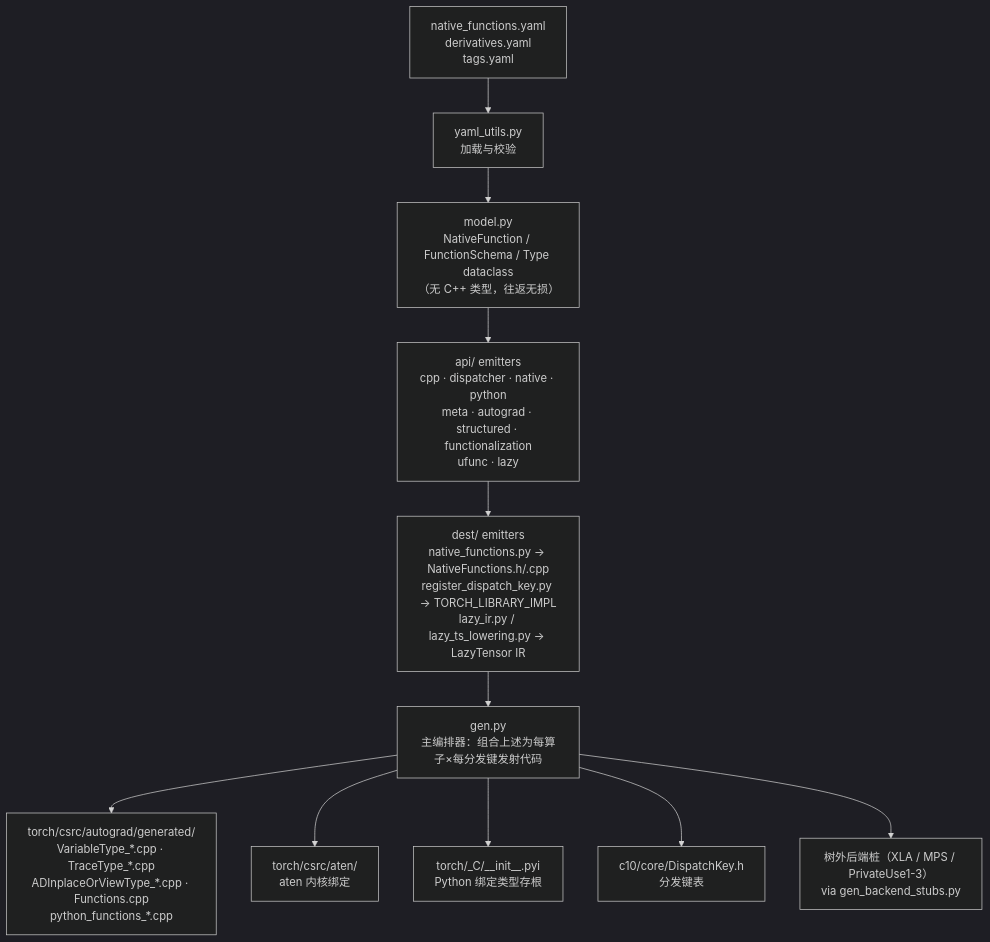
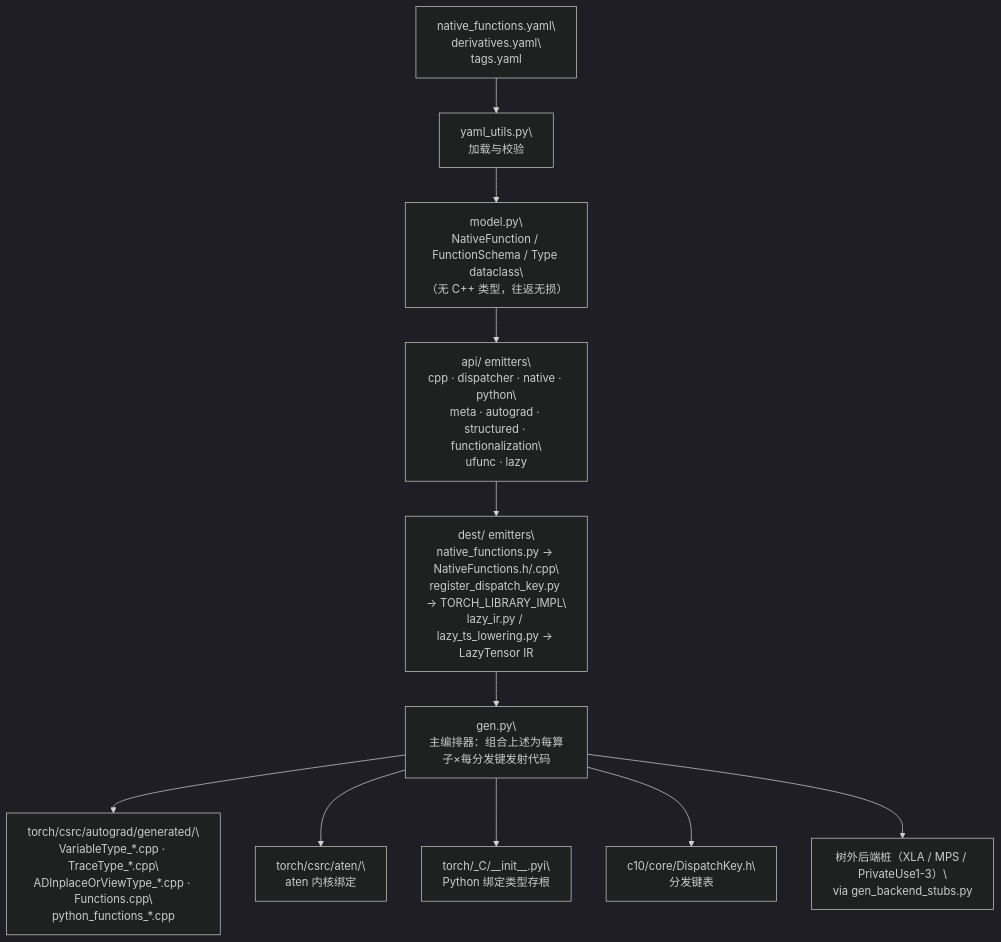
The diagram in docs/knowledge/pytorch/pytorch-torchgen.md (stevexiaofei/second-brain), drawn with Mermaid (dark theme) before and after one commit. The commit also changed 14 other files, not shown here.

First line of the commit message:
docs: bump mermaid font sizes and replace <br/> with real newlines

````diff
--- a/docs/knowledge/pytorch/pytorch-torchgen.md
+++ b/docs/knowledge/pytorch/pytorch-torchgen.md
@@ -73,13 +73,32 @@
 ```mermaid
 flowchart TD
-    YAML["native_functions.yaml<br/>derivatives.yaml<br/>tags.yaml"] --> PARSE["yaml_utils.py<br/>加载与校验"]
-    PARSE --> MODEL["model.py<br/>NativeFunction / FunctionSchema / Type dataclass<br/>（无 C++ 类型，往返无损）"]
-    MODEL --> API["api/ emitters<br/>cpp · dispatcher · native · python<br/>meta · autograd · structured · functionalization<br/>ufunc · lazy"]
-    API --> DEST["dest/ emitters<br/>native_functions.py → NativeFunctions.h/.cpp<br/>register_dispatch_key.py → TORCH_LIBRARY_IMPL<br/>lazy_ir.py / lazy_ts_lowering.py → LazyTensor IR"]
-    DEST --> GEN["gen.py<br/>主编排器：组合上述为每算子×每分发键发射代码"]
-    GEN --> OUT1["torch/csrc/autograd/generated/<br/>VariableType_*.cpp · TraceType_*.cpp<br/>ADInplaceOrViewType_*.cpp · Functions.cpp<br/>python_functions_*.cpp"]
-    GEN --> OUT2["torch/csrc/aten/<br/>aten 内核绑定"]
-    GEN --> OUT3["torch/_C/__init__.pyi<br/>Python 绑定类型存根"]
-    GEN --> OUT4["c10/core/DispatchKey.h<br/>分发键表"]
-    GEN --> OUT5["树外后端桩（XLA / MPS / PrivateUse1-3）<br/>via gen_backend_stubs.py"]
+    YAML["native_functions.yaml\
+derivatives.yaml\
+tags.yaml"] --> PARSE["yaml_utils.py\
+加载与校验"]
+    PARSE --> MODEL["model.py\
+NativeFunction / FunctionSchema / Type dataclass\
+（无 C++ 类型，往返无损）"]
+    MODEL --> API["api/ emitters\
+cpp · dispatcher · native · python\
+meta · autograd · structured · functionalization\
+ufunc · lazy"]
+    API --> DEST["dest/ emitters\
+native_functions.py → NativeFunctions.h/.cpp\
+register_dispatch_key.py → TORCH_LIBRARY_IMPL\
+lazy_ir.py / lazy_ts_lowering.py → LazyTensor IR"]
+    DEST --> GEN["gen.py\
+主编排器：组合上述为每算子×每分发键发射代码"]
+    GEN --> OUT1["torch/csrc/autograd/generated/\
+VariableType_*.cpp · TraceType_*.cpp\
+ADInplaceOrViewType_*.cpp · Functions.cpp\
+python_functions_*.cpp"]
+    GEN --> OUT2["torch/csrc/aten/\
+aten 内核绑定"]
+    GEN --> OUT3["torch/_C/__init__.pyi\
+Python 绑定类型存根"]
+    GEN --> OUT4["c10/core/DispatchKey.h\
+分发键表"]
+    GEN --> OUT5["树外后端桩（XLA / MPS / PrivateUse1-3）\
+via gen_backend_stubs.py"]
 ```
````
